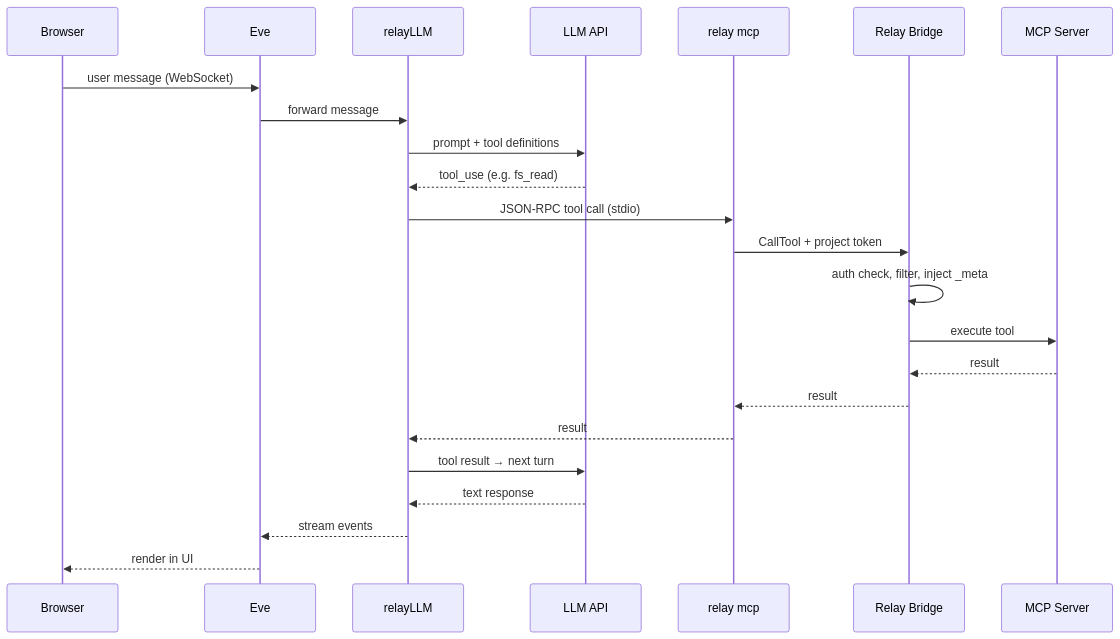
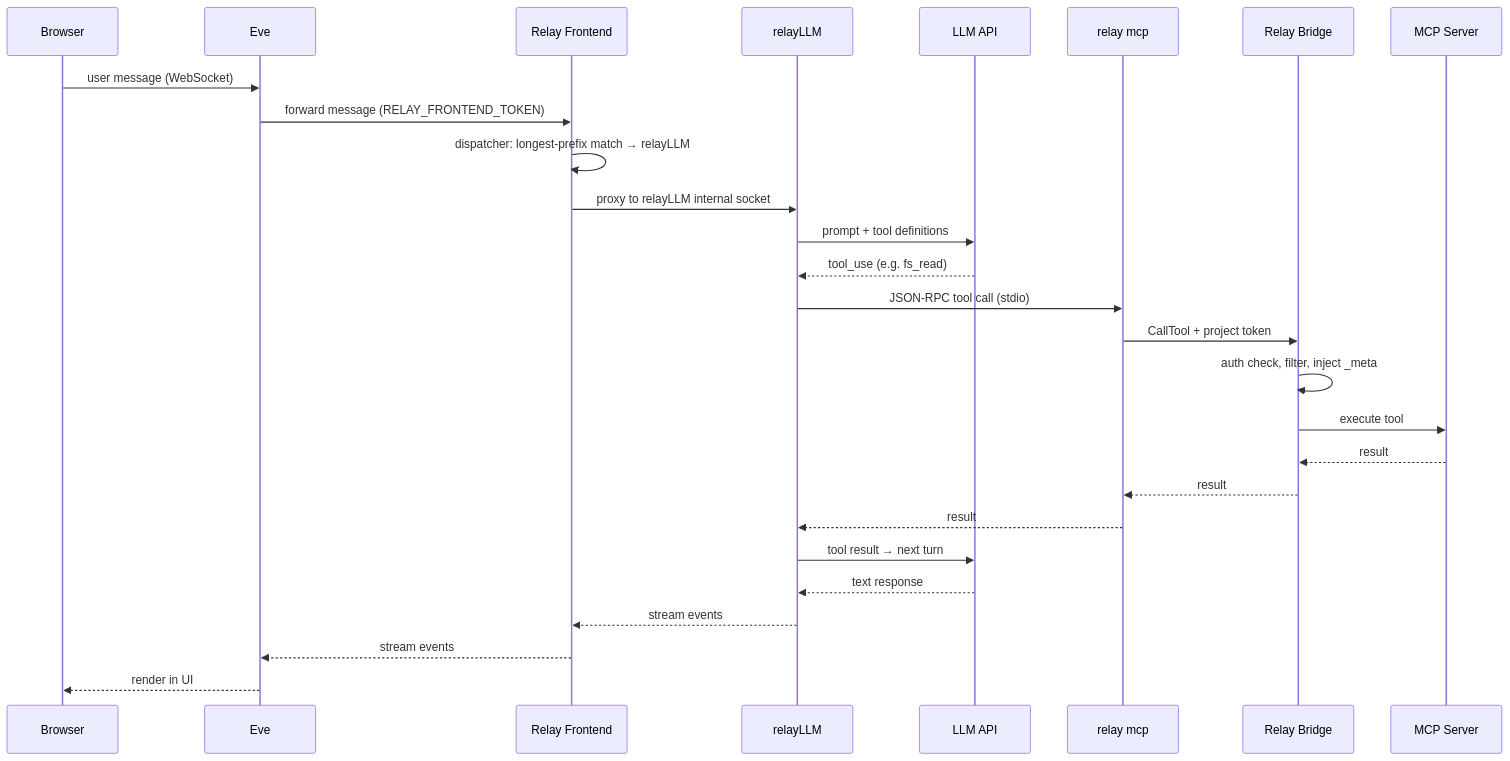
Before and after one commit to barelyworkingcode/relay: the second of 3 diagrams in README.md, drawn with Mermaid. The commit also changed other lines of this file and 16 other files, not shown here.

````diff
--- a/README.md
+++ b/README.md
@@ -44,27 +57,31 @@
 ```mermaid
 sequenceDiagram
     participant B as Browser
     participant E as Eve
+    participant F as Relay Frontend
     participant L as relayLLM
     participant LLM as LLM API
     participant R as relay mcp
     participant Bridge as Relay Bridge
     participant MCP as MCP Server
 
     B->>E: user message (WebSocket)
-    E->>L: forward message
+    E->>F: forward message (RELAY_FRONTEND_TOKEN)
+    F->>F: dispatcher: longest-prefix match → relayLLM
+    F->>L: proxy to relayLLM internal socket
     L->>LLM: prompt + tool definitions
     LLM-->>L: tool_use (e.g. fs_read)
 
     L->>R: JSON-RPC tool call (stdio)
     R->>Bridge: CallTool + project token
     Bridge->>Bridge: auth check, filter, inject _meta
     Bridge->>MCP: execute tool
     MCP-->>Bridge: result
     Bridge-->>R: result
     R-->>L: result
     L->>LLM: tool result → next turn
     LLM-->>L: text response
-    L-->>E: stream events
+    L-->>F: stream events
+    F-->>E: stream events
     E-->>B: render in UI
 ```
````
